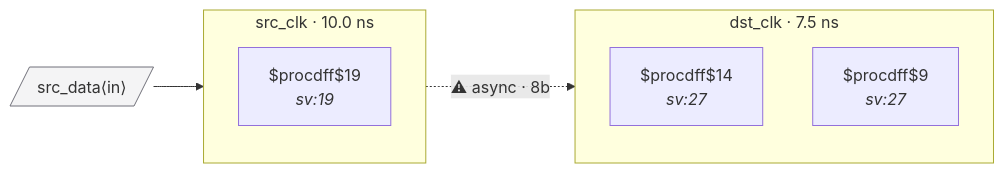
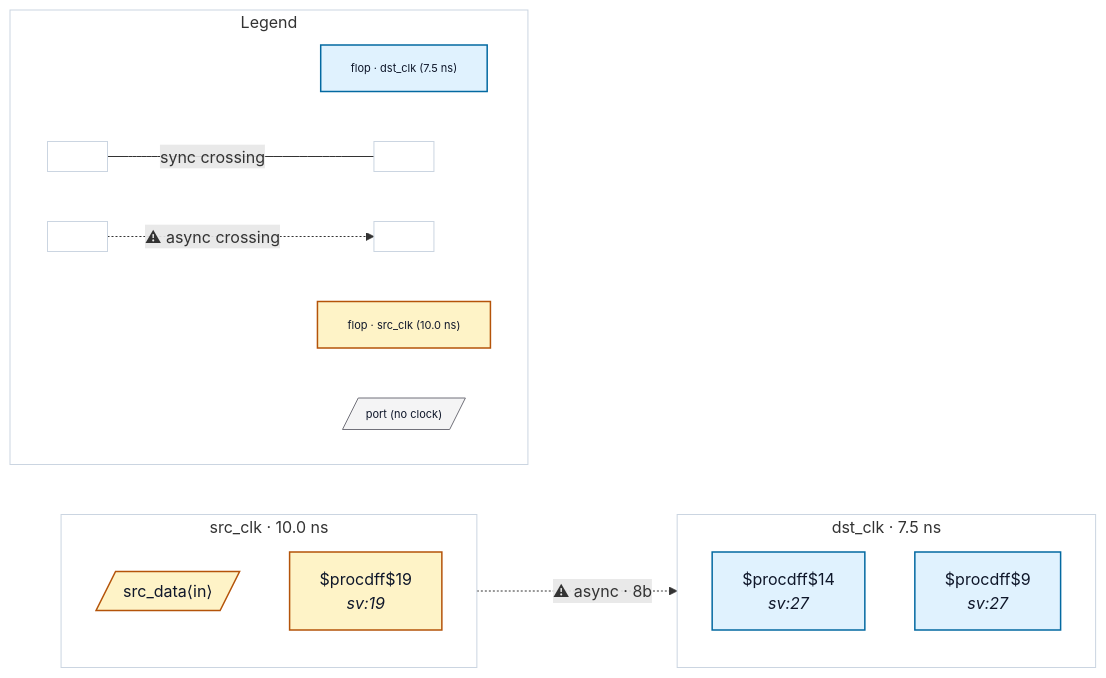
One commit to rtl-buddy/rtl-buddy-cdc changed the diagram in tests/fixtures/bad_bus_crossing/README.md. Above: the diagram before and after it, drawn with Mermaid. The commit also changed 71 other files, not shown here.

First line of the commit message:
Refresh fixture READMEs + render iterations (colors, legend, nested ports, clock-net edges)

````diff
--- a/tests/fixtures/bad_bus_crossing/README.md
+++ b/tests/fixtures/bad_bus_crossing/README.md
@@ -14,17 +14,41 @@
 ```mermaid
 %% bad_bus_crossing — generated by rtl-buddy-cdc render
 flowchart LR
   subgraph clk_dst_clk["dst_clk · 7.5 ns"]
     direction TB
-    f_21b9250e["$procdff$14<br/><i>sv:27</i>"]
-    f_d025fc8a["$procdff$9<br/><i>sv:27</i>"]
+    f_21b9250e["$procdff$14<br/><i>sv:27</i>"]:::ckcls_dst_clk
+    f_d025fc8a["$procdff$9<br/><i>sv:27</i>"]:::ckcls_dst_clk
   end
   subgraph clk_src_clk["src_clk · 10.0 ns"]
     direction TB
-    f_03482064["$procdff$19<br/><i>sv:19</i>"]
+    p_in_src_data[/"src_data⟨in⟩"/]:::ckcls_src_clk
+    f_03482064["$procdff$19<br/><i>sv:19</i>"]:::ckcls_src_clk
   end
-  p_in_src_data[/"src_data⟨in⟩"/]:::port
-  p_in_src_data --> f_03482064
   f_03482064 -. "⚠ async · 8b" .-> f_d025fc8a
-  classDef port fill:#f4f4f5,stroke:#71717a
+  subgraph rb_legend["Legend"]
+    direction LR
+    lg_clk_dst_clk["flop · dst_clk (7.5 ns)"]:::ckcls_dst_clk
+    lg_clk_src_clk["flop · src_clk (10.0 ns)"]:::ckcls_src_clk
+    lg_port[/"port (no clock)"/]:::port_unassigned
+    lg_sync_a[" "]:::ckcls_legend_neutral
+    lg_sync_b[" "]:::ckcls_legend_neutral
+    lg_async_a[" "]:::ckcls_legend_neutral
+    lg_async_b[" "]:::ckcls_legend_neutral
+    lg_sync_a --- |"sync crossing"| lg_sync_b
+    lg_async_a -. "⚠ async crossing" .-> lg_async_b
+  end
+  style clk_dst_clk fill:none,stroke:#cbd5e1
+  style clk_src_clk fill:none,stroke:#cbd5e1
+  style rb_legend fill:none,stroke:#cbd5e1
+  style lg_clk_dst_clk font-size:11px
+  style lg_clk_src_clk font-size:11px
+  style lg_port font-size:11px
+  style lg_sync_a font-size:11px
+  style lg_sync_b font-size:11px
+  style lg_async_a font-size:11px
+  style lg_async_b font-size:11px
+  classDef ckcls_dst_clk fill:#e0f2fe,stroke:#0369a1,stroke-width:1.5px,color:#0f172a
+  classDef ckcls_src_clk fill:#fef3c7,stroke:#b45309,stroke-width:1.5px,color:#0f172a
+  classDef port_unassigned fill:#f4f4f5,stroke:#71717a,color:#0f172a
+  classDef ckcls_legend_neutral fill:#ffffff,stroke:#cbd5e1,stroke-width:1px,color:#0f172a
 ```
````
